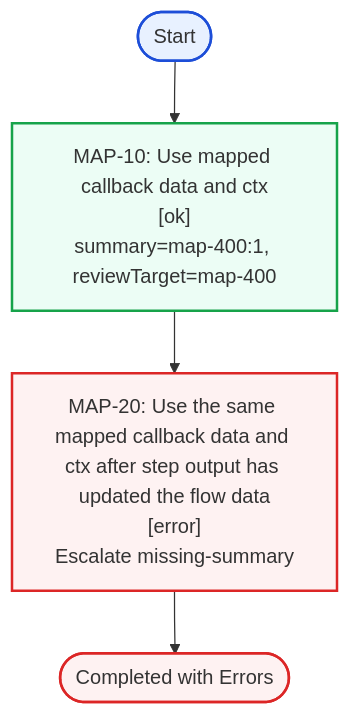
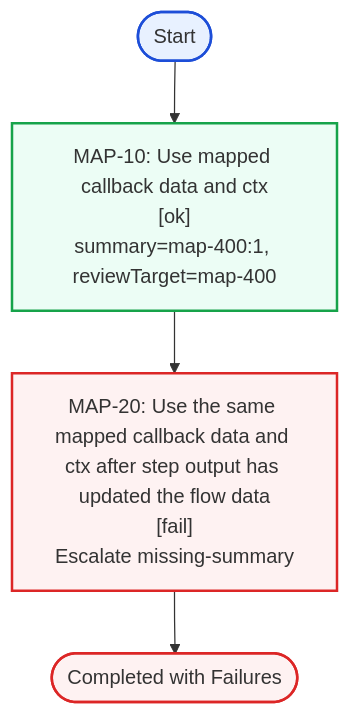
The tenth of 12 diagrams in README.md (mikko-apo/structured-flow), drawn with Mermaid before and after one commit. The commit also changed other lines of this file and 17 other files, not shown here.

````diff
--- a/README.md
+++ b/README.md
@@ -1577,24 +1609,24 @@
 ```mermaid
 flowchart TD
   start([Start])
   step_0["MAP-10: Use mapped callback data and ctx
 [ok]
 summary=map-400:1, reviewTarget=map-400"]
   step_0 --> step_1
   step_1["MAP-20: Use the same mapped callback data and ctx after step output has updated the flow data
-[error]
+[fail]
 Escalate missing-summary"]
   step_1 --> done
-  done([Completed with Errors])
+  done([Completed with Failures])
   start --> step_0
   classDef executed fill:#e8f1ff,stroke:#1d4ed8,stroke-width:2px
   classDef success fill:#ecfdf5,stroke:#16a34a,stroke-width:2px
   classDef complete fill:#f0fdf4,stroke:#15803d,stroke-width:2px
   classDef failure fill:#fef2f2,stroke:#dc2626,stroke-width:2px
   classDef neutral fill:#f8fafc,stroke:#94a3b8,stroke-dasharray: 4 2
   classDef join fill:#f8fafc,stroke:#94a3b8,stroke-width:1px,color:#475569
   class step_0 success
   class step_1 failure
   class start executed
   class done failure
 ```
````
